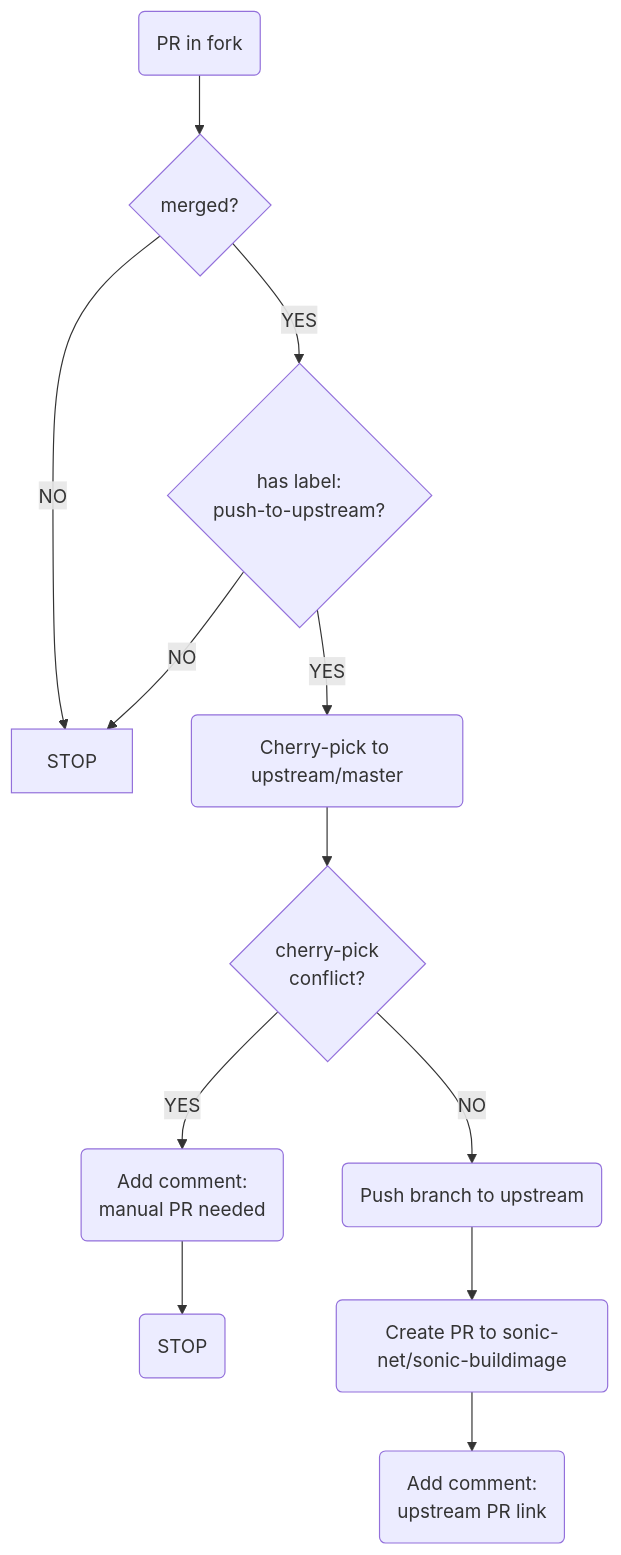
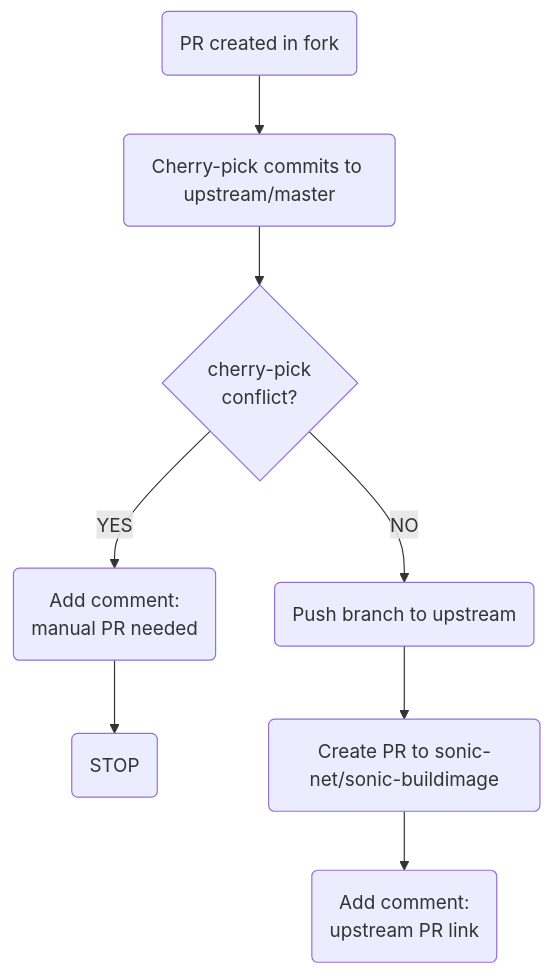
One commit to sunesh/sonic-buildimage-poc changed the fourth of 4 diagrams in .github/workflows/README.md. Above: the diagram before and after it, drawn with Mermaid. The commit also changed other lines of this file and 1 other file, not shown here.

Commit message:
Update workflow to trigger on PR creation instead of merge
Changes:
- Trigger on 'opened' event instead of 'closed' event
- Remove the 'push-to-upstream' label requirement
- Cherry-pick all commits from the PR branch instead of merge commit
- Update README documentation to reflect the new trigger behavior

````diff
--- a/.github/workflows/README.md
+++ b/.github/workflows/README.md
@@ -41,13 +41,9 @@
 ```mermaid
 graph
-Start(PR in fork) --> A{merged?}
-A -- NO --> STOP
-A -- YES --> B{has label:<br>push-to-upstream?}
-B -- NO --> STOP
-B -- YES --> C(Cherry-pick to upstream/master)
-C --> D{cherry-pick<br>conflict?}
-D -- YES --> E(Add comment:<br>manual PR needed) --> STOP1(STOP)
-D -- NO --> F(Push branch to upstream)
-F --> G(Create PR to sonic-net/sonic-buildimage)
-G --> H(Add comment:<br>upstream PR link)
+Start(PR created in fork) --> A(Cherry-pick commits to upstream/master)
+A --> B{cherry-pick<br>conflict?}
+B -- YES --> C(Add comment:<br>manual PR needed) --> STOP(STOP)
+B -- NO --> D(Push branch to upstream)
+D --> E(Create PR to sonic-net/sonic-buildimage)
+E --> F(Add comment:<br>upstream PR link)
 ```
````
